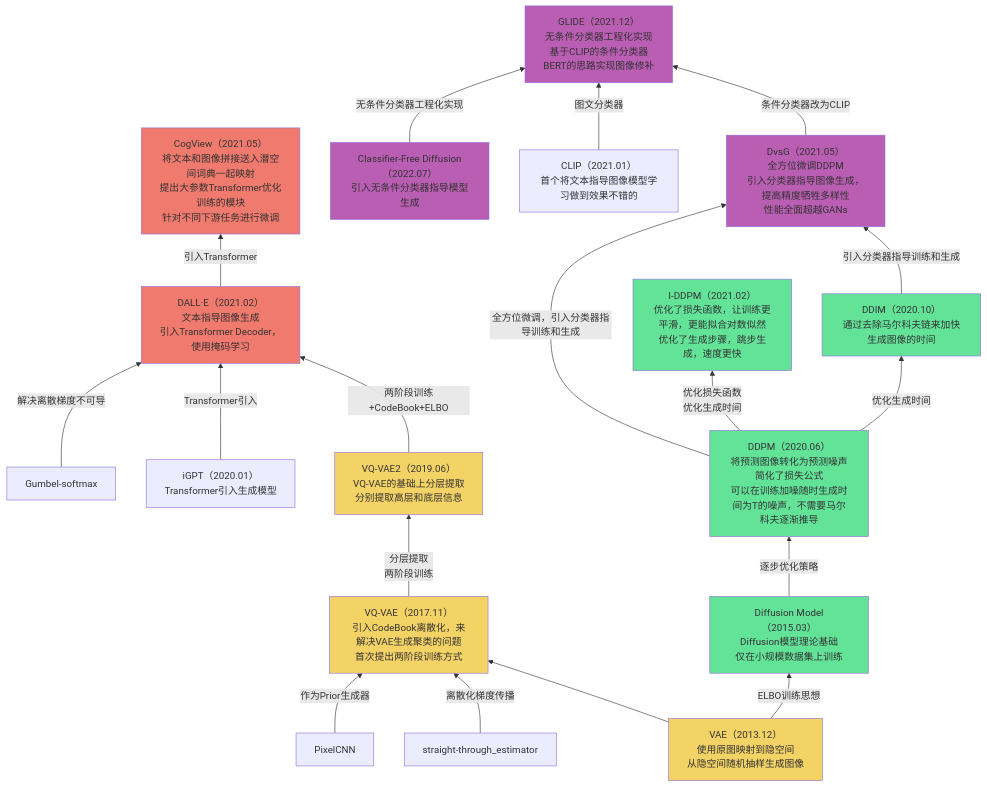
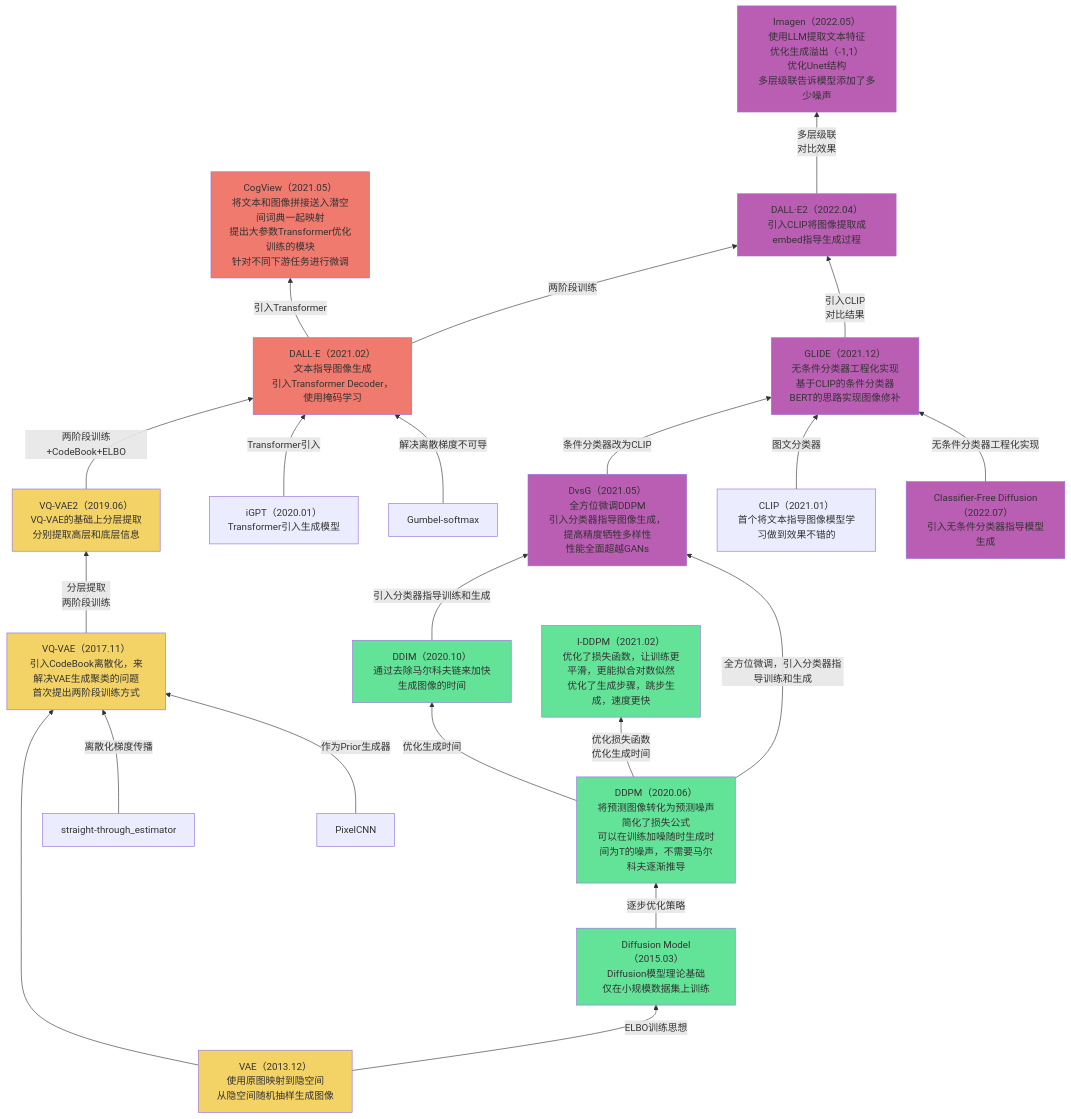
The fourth of 5 diagrams in Base_Model/GAN+VAE+Diffusion/analyse.md (Elephant-King9/Paper), drawn with Mermaid before and after one commit. The commit also changed other lines of this file and 2 other files, not shown here.

````diff
--- a/Base_Model/GAN+VAE+Diffusion/analyse.md
+++ b/Base_Model/GAN+VAE+Diffusion/analyse.md
@@ -92,48 +94,54 @@
 ```mermaid
 flowchart BT
 VAE-->VQ-VAE
 straight-through_estimator-->|离散化梯度传播|VQ-VAE
 PixelCNN-->|作为Prior生成器|VQ-VAE
 VAE-->|ELBO训练思想|Diffusion_Model
 VQ-VAE-->|分层提取<br>两阶段训练|VQ-VAE2
 VQ-VAE2-->|两阶段训练+CodeBook+ELBO|DALL-E
 I-GPT-->|Transformer引入|DALL-E
 Gumbel-softmax-->|解决离散梯度不可导|DALL-E
 DALL-E-->|引入Transformer|CogView
 Diffusion_Model-->|逐步优化策略|DDPM
 DDPM-->|优化生成时间|DDIM
 DDPM-->|优化损失函数<br>优化生成时间|IDDPM
 DDIM-->|引入分类器指导训练和生成|ADM
 DDPM-->|全方位微调，引入分类器指导训练和生成|ADM
 ADM-->|条件分类器改为CLIP|GLIDE
 CLIP-->|图文分类器|GLIDE
 Classifier-Free_Diffusion-->|无条件分类器工程化实现|GLIDE
-
+DALL-E-->|两阶段训练|DALL-E2
+DALL-E2-->|多层级联<br>对比效果|Imagen
+GLIDE-->|引入CLIP<br>对比结果|DALL-E2
 VAE[VAE（2013.12）<br>使用原图映射到隐空间<br>从隐空间随机抽样生成图像]
 	style VAE fill:#F3D266
 VQ-VAE[VQ-VAE（2017.11）<br>引入CodeBook离散化，来解决VAE生成聚类的问题<br>首次提出两阶段训练方式]
 	style VQ-VAE fill:#F3D266
 VQ-VAE2[VQ-VAE2（2019.06）<br>VQ-VAE的基础上分层提取<br>分别提取高层和底层信息]
 	style VQ-VAE2 fill:#F3D266
 DALL-E[DALL·E（2021.02）<br>文本指导图像生成<br>引入Transformer Decoder，使用掩码学习]
 	style DALL-E fill:#EF7A6D
 I-GPT[iGPT（2020.01）<br>Transformer引入生成模型]
 Gumbel-softmax[Gumbel-softmax]
 Diffusion_Model[Diffusion Model（2015.03）<br>Diffusion模型理论基础<br>仅在小规模数据集上训练]
 	style Diffusion_Model fill:#63E398
 DDPM[DDPM（2020.06）<br>将预测图像转化为预测噪声<br>简化了损失公式<br>可以在训练加噪随时生成时间为T的噪声，不需要马尔科夫逐渐推导]
 	style DDPM fill:#63E398
 DDIM[DDIM（2020.10）<br>通过去除马尔科夫链来加快生成图像的时间]
 	style DDIM fill:#63E398
 IDDPM[I-DDPM（2021.02）<br>优化了损失函数，让训练更平滑，更能拟合对数似然<br>优化了生成步骤，跳步生成，速度更快]
 	style IDDPM fill:#63E398
 ADM[DvsG（2021.05）<br>全方位微调DDPM<br>引入分类器指导图像生成，提高精度牺牲多样性<br>性能全面超越GANs]
 	style ADM fill:#BA5EB3
 CogView[CogView（2021.05）<br>将文本和图像拼接送入潜空间词典一起映射<br>提出大参数Transformer优化训练的模块<br>针对不同下游任务进行微调]
 	style CogView fill:#EF7A6D
 Classifier-Free_Diffusion[Classifier-Free Diffusion（2022.07）<br>引入无条件分类器指导模型生成]
 	style Classifier-Free_Diffusion fill:#BA5EB3
 CLIP[CLIP（2021.01）<br>首个将文本指导图像模型学习做到效果不错的]
 GLIDE[GLIDE（2021.12）<br>无条件分类器工程化实现<br>基于CLIP的条件分类器<br>BERT的思路实现图像修补]
 	style GLIDE fill:#BA5EB3
+DALL-E2[DALL·E2（2022.04）<br>引入CLIP将图像提取成embed指导生成过程]
+	style DALL-E2 fill:#BA5EB3
+Imagen[Imagen（2022.05）<br>使用LLM提取文本特征<br>优化生成溢出（-1,1）<br>优化Unet结构<br>多层级联告诉模型添加了多少噪声]
+	style Imagen fill:#BA5EB3
 ```
````
